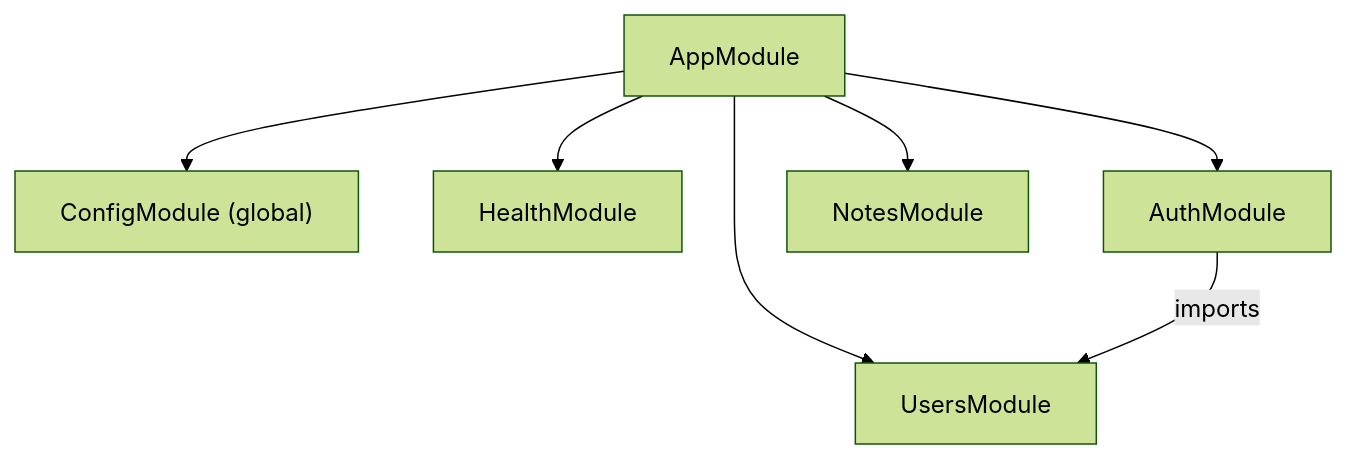
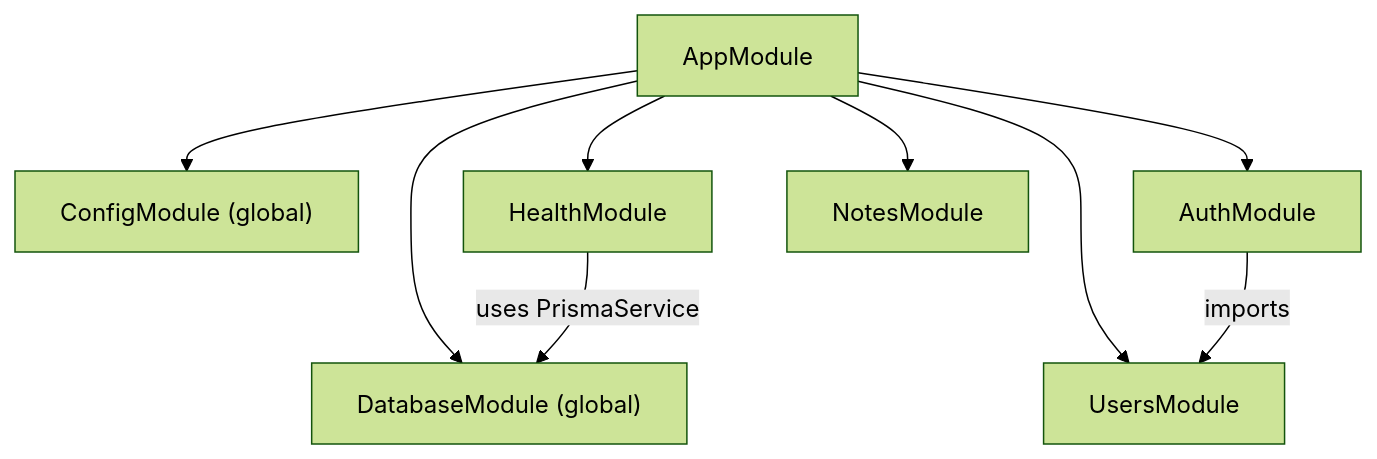
Before and after one commit to Saad-Ahsan626/notely-backend: the second of 3 diagrams in docs/architecture.md, drawn with Mermaid (forest theme). The commit also changed other lines of this file and 31 other files, not shown here.

Commit message:
Add Prisma database layer with migrations, seed and readiness check

````diff
--- a/docs/architecture.md
+++ b/docs/architecture.md
@@ -28,9 +28,11 @@
 ```mermaid
 flowchart TD
     App[AppModule] --> Config["ConfigModule (global)"]
+    App --> Database["DatabaseModule (global)"]
+    Health -->|uses PrismaService| Database
     App --> Health[HealthModule]
     App --> Auth[AuthModule]
     App --> Users[UsersModule]
     App --> Notes[NotesModule]
     Auth -->|imports| Users
 ```
````
